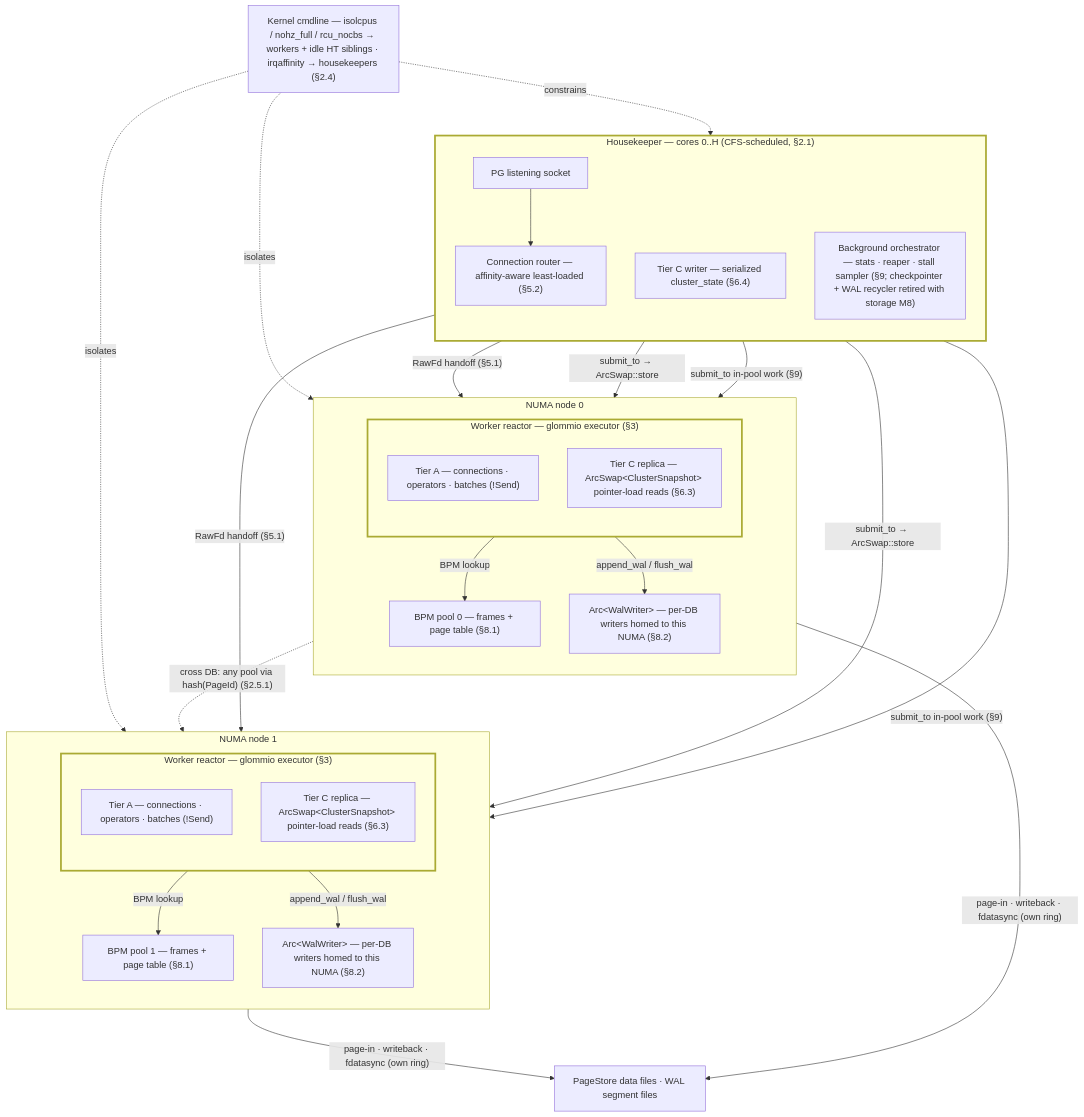
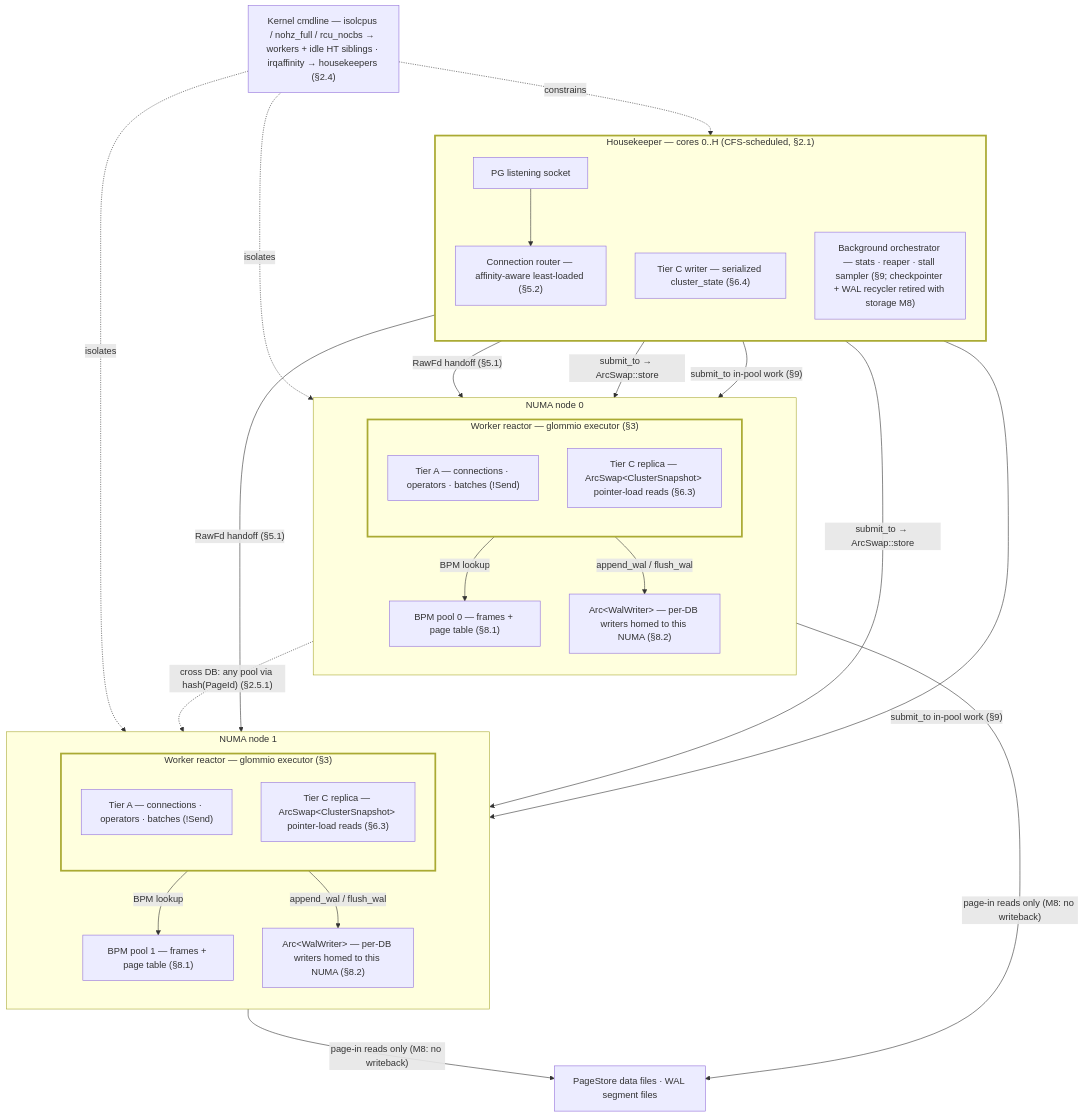
Before and after one commit to kennthhz/cascade-db: the first of 4 diagrams in crates/09-runtime/cascade-runtime/AI/runtime-architecture-diagrams.md, drawn with Mermaid. The commit also changed other lines of this file and 8 other files, not shown here.

````diff
--- a/crates/09-runtime/cascade-runtime/AI/runtime-architecture-diagrams.md
+++ b/crates/09-runtime/cascade-runtime/AI/runtime-architecture-diagrams.md
@@ -17,58 +17,58 @@
 ```mermaid
 flowchart TB
     CMD["Kernel cmdline — isolcpus / nohz_full / rcu_nocbs → workers + idle HT siblings · irqaffinity → housekeepers (§2.4)"]
 
     subgraph HK["Housekeeper — cores 0..H (CFS-scheduled, §2.1)"]
         direction TB
         LISTEN["PG listening socket"]
         ROUTE["Connection router — affinity-aware least-loaded (§5.2)"]
         CW["Tier C writer — serialized cluster_state (§6.4)"]
         BG["Background orchestrator — stats · reaper · stall sampler (§9; checkpointer + WAL recycler retired with storage M8)"]
         LISTEN --> ROUTE
     end
 
     subgraph N0["NUMA node 0"]
         direction TB
         subgraph W0["Worker reactor — glommio executor (§3)"]
             direction TB
             TA0["Tier A — connections · operators · batches (!Send)"]
             SNAP0["Tier C replica — ArcSwap&lt;ClusterSnapshot&gt; pointer-load reads (§6.3)"]
         end
         BPM0["BPM pool 0 — frames + page table (§8.1)"]
         WAL0["Arc&lt;WalWriter&gt; — per-DB writers homed to this NUMA (§8.2)"]
     end
 
     subgraph N1["NUMA node 1"]
         direction TB
         subgraph W1["Worker reactor — glommio executor (§3)"]
             direction TB
             TA1["Tier A — connections · operators · batches (!Send)"]
             SNAP1["Tier C replica — ArcSwap&lt;ClusterSnapshot&gt; pointer-load reads (§6.3)"]
         end
         BPM1["BPM pool 1 — frames + page table (§8.1)"]
         WAL1["Arc&lt;WalWriter&gt; — per-DB writers homed to this NUMA (§8.2)"]
     end
 
     FILES["PageStore data files · WAL segment files"]
 
     style HK stroke-width:3px
     style W0 stroke-width:3px
     style W1 stroke-width:3px
 
     CMD -.->|"constrains"| HK
     CMD -.->|"isolates"| N0
     CMD -.->|"isolates"| N1
     ROUTE -->|"RawFd handoff (§5.1)"| TA0
     ROUTE -->|"RawFd handoff (§5.1)"| TA1
     CW -->|"submit_to → ArcSwap::store"| SNAP0
     CW -->|"submit_to → ArcSwap::store"| SNAP1
     BG -->|"submit_to in-pool work (§9)"| W0
     BG -->|"submit_to in-pool work (§9)"| W1
     TA0 -->|"BPM lookup"| BPM0
     TA0 -->|"append_wal / flush_wal"| WAL0
     TA1 -->|"BPM lookup"| BPM1
     TA1 -->|"append_wal / flush_wal"| WAL1
     TA0 -.->|"cross DB: any pool via hash(PageId) (§2.5.1)"| BPM1
-    W0 -->|"page-in · writeback · fdatasync (own ring)"| FILES
-    W1 -->|"page-in · writeback · fdatasync (own ring)"| FILES
+    W0 -->|"page-in reads only (M8: no writeback)"| FILES
+    W1 -->|"page-in reads only (M8: no writeback)"| FILES
 ```
````
